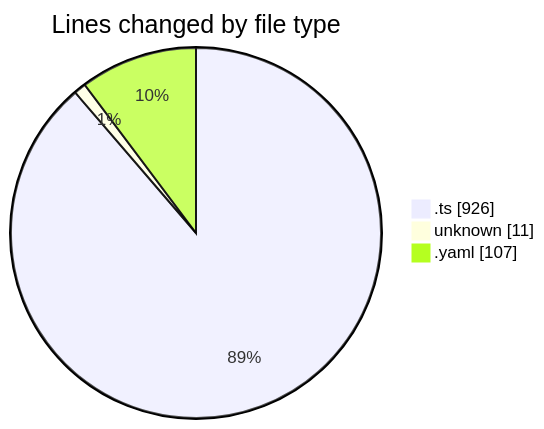
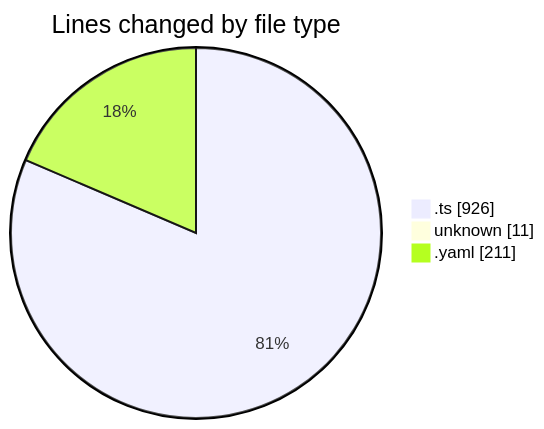
The first of 2 diagrams in 2025-10-01/oura-api/README.md (mevix1/code-tracking), drawn with Mermaid before and after one commit. The commit also changed other lines of this file and 1 other file, not shown here.

````diff
--- a/2025-10-01/oura-api/README.md
+++ b/2025-10-01/oura-api/README.md
@@ -24,7 +25,7 @@
 ```mermaid
 pie showData
 title Lines changed by file type
 ".ts" : 926
 "unknown" : 11
-".yaml" : 107
+".yaml" : 211
 ```
````
